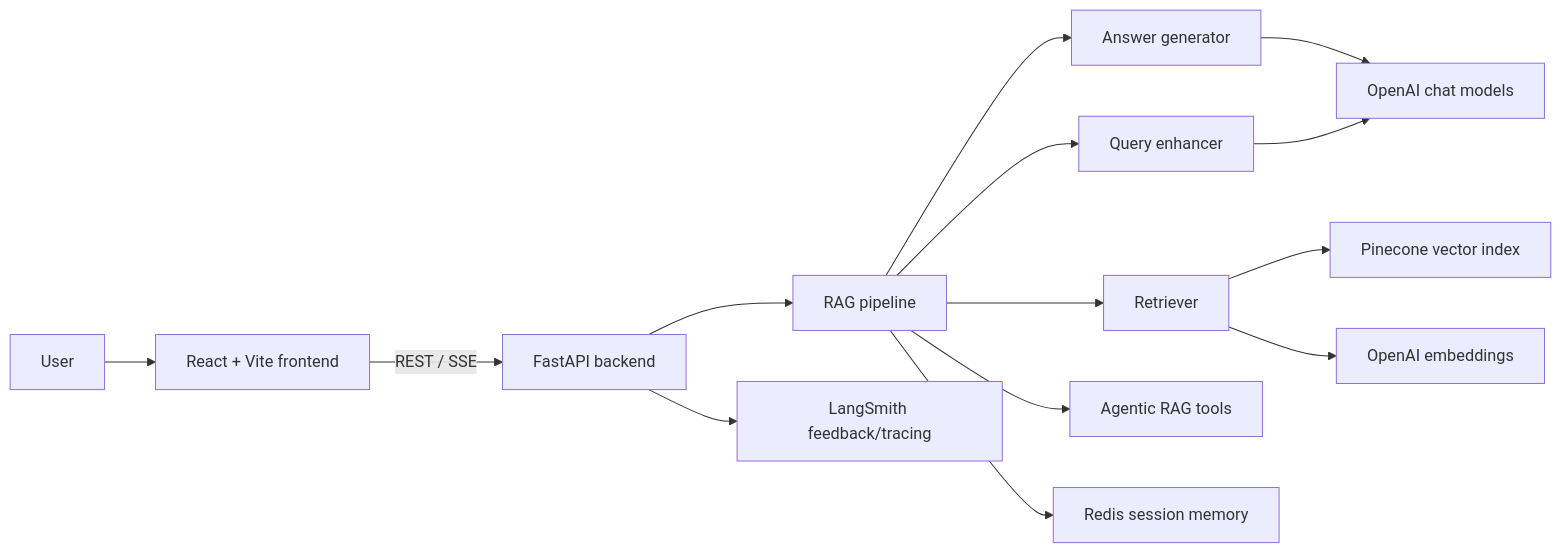
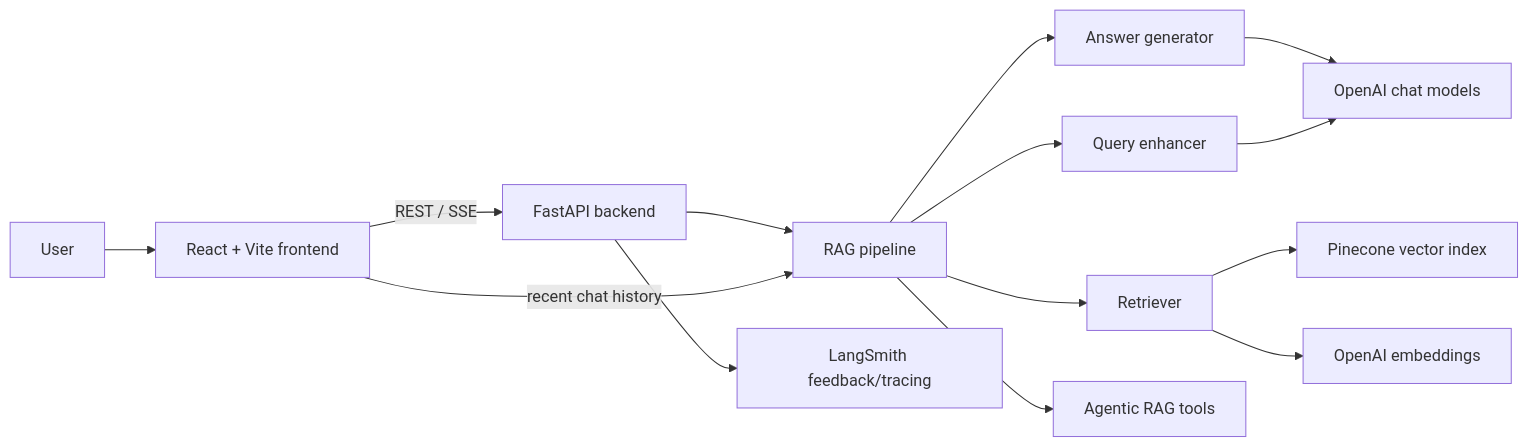
Before and after one commit to HammadAli08/UOE_AI_Assistant: the diagram in README.md, drawn with Mermaid. The commit also changed other lines of this file, not shown here.

Commit message:
Document stateless client-provided chat history

````diff
--- a/README.md
+++ b/README.md
@@ -33,16 +33,16 @@
 ```mermaid
 flowchart LR
     User["User"] --> Frontend["React + Vite frontend"]
     Frontend -->|"REST / SSE"| API["FastAPI backend"]
     API --> Pipeline["RAG pipeline"]
     Pipeline --> Enhancer["Query enhancer"]
     Pipeline --> Retriever["Retriever"]
     Pipeline --> Generator["Answer generator"]
     Pipeline --> Agentic["Agentic RAG tools"]
     Retriever --> Pinecone["Pinecone vector index"]
-    Pipeline --> Redis["Redis session memory"]
+    Frontend -->|"recent chat history"| Pipeline
     API --> LangSmith["LangSmith feedback/tracing"]
     Generator --> OpenAI["OpenAI chat models"]
     Enhancer --> OpenAI
     Retriever --> OpenAIEmbeddings["OpenAI embeddings"]
 ```
````
